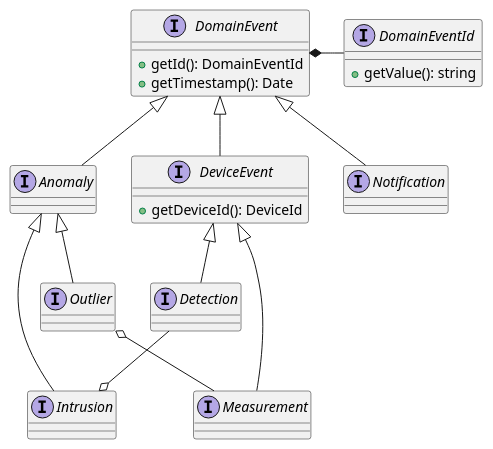
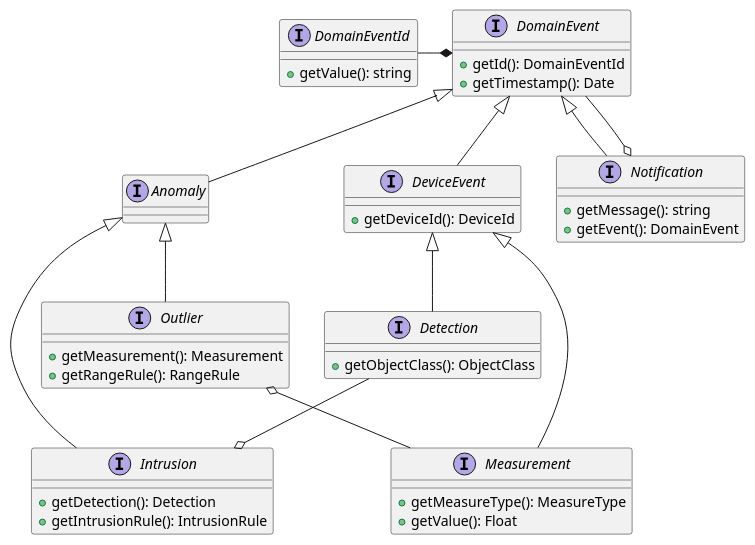
Before and after one commit to revue-org/revue: the diagram in docs/uml/domain/DomainEvents.puml, drawn with PlantUML. The commit also changed 6 other files, not shown here.

Commit message:
docs(uml): refactor repositories in Log, update domain events, fix old stuffs

```diff
--- a/docs/uml/domain/DomainEvents.puml
+++ b/docs/uml/domain/DomainEvents.puml
@@ -1,38 +1,56 @@
 @startuml
 
 interface DomainEventId {
   + getValue(): string
 }
 
 interface DomainEvent {
   + getId(): DomainEventId
   + getTimestamp(): Date
 }
 
 interface DeviceEvent {
   + getDeviceId(): DeviceId
 }
-DomainEvent *- DomainEventId
 
-interface Detection
-interface Measurement
+interface Detection {
+  + getObjectClass(): ObjectClass
+}
+interface Measurement {
+  + getMeasureType(): MeasureType
+  + getValue(): Float
+}
 
-interface Notification
+interface Notification {
+  + getMessage(): string
+  + getEvent(): DomainEvent
+}
 
 interface Anomaly
-interface Intrusion
-interface Outlier
+interface Intrusion {
+  + getDetection(): Detection
+  + getIntrusionRule(): IntrusionRule
+}
+
+interface Outlier {
+  + getMeasurement(): Measurement
+  + getRangeRule(): RangeRule
+}
+
+DomainEvent *-left- DomainEventId
 
 DomainEvent <|-- DeviceEvent
 DomainEvent <|-- Notification
 DeviceEvent <|-- Measurement
 DeviceEvent <|-- Detection
 
 DomainEvent <|-- Anomaly
 Anomaly <|-- Intrusion
 Anomaly <|-- Outlier
 
+Notification o-- DomainEvent
+
 Outlier o-- Measurement
 Intrusion o-up- Detection
 
 @enduml
```
